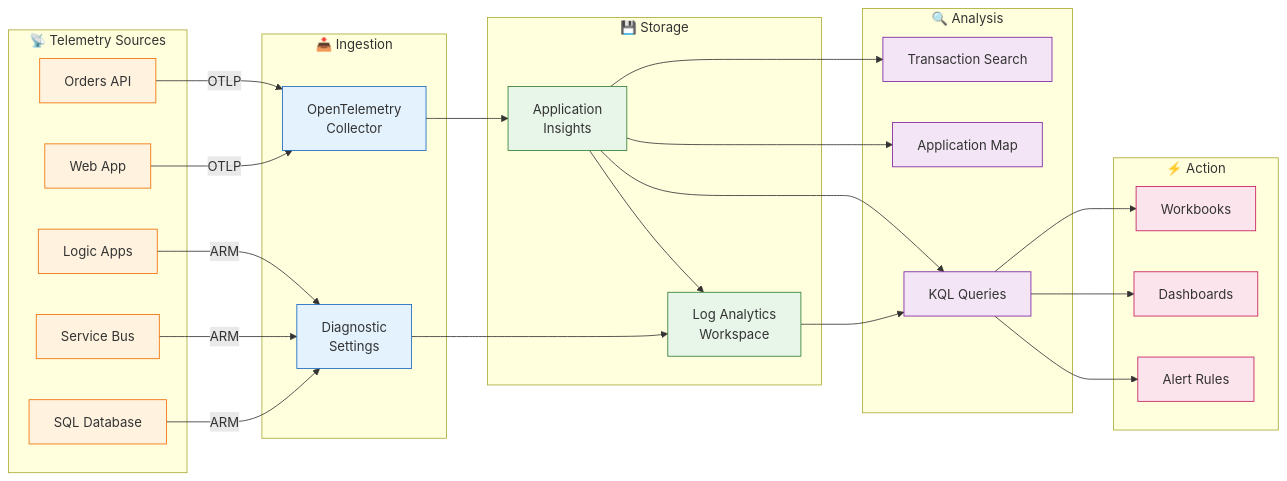
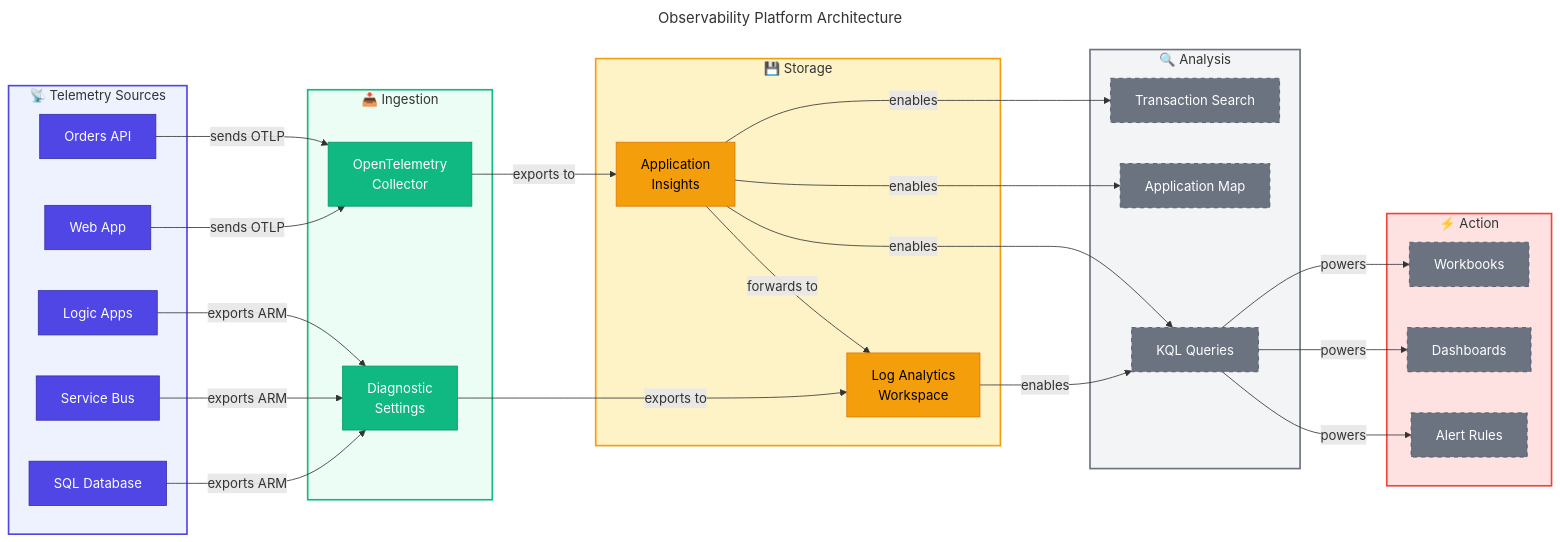
The third of 3 diagrams in docs/architecture/05-observability-architecture.md (Evilazaro/Azure-LogicApps-Monitoring), drawn with Mermaid before and after one commit. The commit also changed other lines of this file, not shown here.

Commit message:
feat: Enhance observability architecture diagrams with improved structure, connections, and visual styles

````diff
--- a/docs/architecture/05-observability-architecture.md
+++ b/docs/architecture/05-observability-architecture.md
@@ -300,51 +326,76 @@
 ```mermaid
+---
+title: Observability Platform Architecture
+---
 flowchart LR
+    %% ===== TELEMETRY SOURCES =====
     subgraph Sources["📡 Telemetry Sources"]
         API["Orders API"]
         Web["Web App"]
         LA["Logic Apps"]
         SB["Service Bus"]
         SQL["SQL Database"]
     end
 
+    %% ===== INGESTION =====
     subgraph Ingestion["📥 Ingestion"]
         OTEL["OpenTelemetry<br/>Collector"]
         DiagSettings["Diagnostic<br/>Settings"]
     end
 
+    %% ===== STORAGE =====
     subgraph Storage["💾 Storage"]
         AI["Application<br/>Insights"]
         LAW["Log Analytics<br/>Workspace"]
     end
 
+    %% ===== ANALYSIS =====
     subgraph Analysis["🔍 Analysis"]
         KQL["KQL Queries"]
         AppMap["Application Map"]
         TxSearch["Transaction Search"]
     end
 
+    %% ===== ACTION =====
     subgraph Action["⚡ Action"]
         Alerts["Alert Rules"]
         Dashboards["Dashboards"]
         Workbooks["Workbooks"]
     end
 
-    API & Web -->|"OTLP"| OTEL --> AI
-    LA & SB & SQL -->|"ARM"| DiagSettings --> LAW
-    AI --> LAW
-    AI --> KQL & AppMap & TxSearch
-    LAW --> KQL
-    KQL --> Alerts & Dashboards & Workbooks
+    %% ===== CONNECTIONS =====
+    API -->|"sends OTLP"| OTEL
+    Web -->|"sends OTLP"| OTEL
+    LA -->|"exports ARM"| DiagSettings
+    SB -->|"exports ARM"| DiagSettings
+    SQL -->|"exports ARM"| DiagSettings
+    OTEL -->|"exports to"| AI
+    DiagSettings -->|"exports to"| LAW
+    AI -->|"forwards to"| LAW
+    AI -->|"enables"| KQL
+    AI -->|"enables"| AppMap
+    AI -->|"enables"| TxSearch
+    LAW -->|"enables"| KQL
+    KQL -->|"powers"| Alerts
+    KQL -->|"powers"| Dashboards
+    KQL -->|"powers"| Workbooks
 
-    classDef source fill:#fff3e0,stroke:#ef6c00
-    classDef ingestion fill:#e3f2fd,stroke:#1565c0
-    classDef storage fill:#e8f5e9,stroke:#2e7d32
-    classDef analysis fill:#f3e5f5,stroke:#7b1fa2
-    classDef action fill:#fce4ec,stroke:#c2185b
+    %% ===== STYLES - NODE CLASSES =====
+    classDef primary fill:#4F46E5,stroke:#3730A3,color:#FFFFFF
+    classDef secondary fill:#10B981,stroke:#059669,color:#FFFFFF
+    classDef datastore fill:#F59E0B,stroke:#D97706,color:#000000
+    classDef external fill:#6B7280,stroke:#4B5563,color:#FFFFFF,stroke-dasharray:5 5
 
-    class API,Web,LA,SB,SQL source
-    class OTEL,DiagSettings ingestion
-    class AI,LAW storage
-    class KQL,AppMap,TxSearch analysis
-    class Alerts,Dashboards,Workbooks action
+    %% ===== CLASS ASSIGNMENTS =====
+    class API,Web,LA,SB,SQL primary
+    class OTEL,DiagSettings secondary
+    class AI,LAW datastore
+    class KQL,AppMap,TxSearch,Alerts,Dashboards,Workbooks external
+
+    %% ===== SUBGRAPH STYLES =====
+    style Sources fill:#EEF2FF,stroke:#4F46E5,stroke-width:2px
+    style Ingestion fill:#ECFDF5,stroke:#10B981,stroke-width:2px
+    style Storage fill:#FEF3C7,stroke:#F59E0B,stroke-width:2px
+    style Analysis fill:#F3F4F6,stroke:#6B7280,stroke-width:2px
+    style Action fill:#FEE2E2,stroke:#F44336,stroke-width:2px
 ```
````
